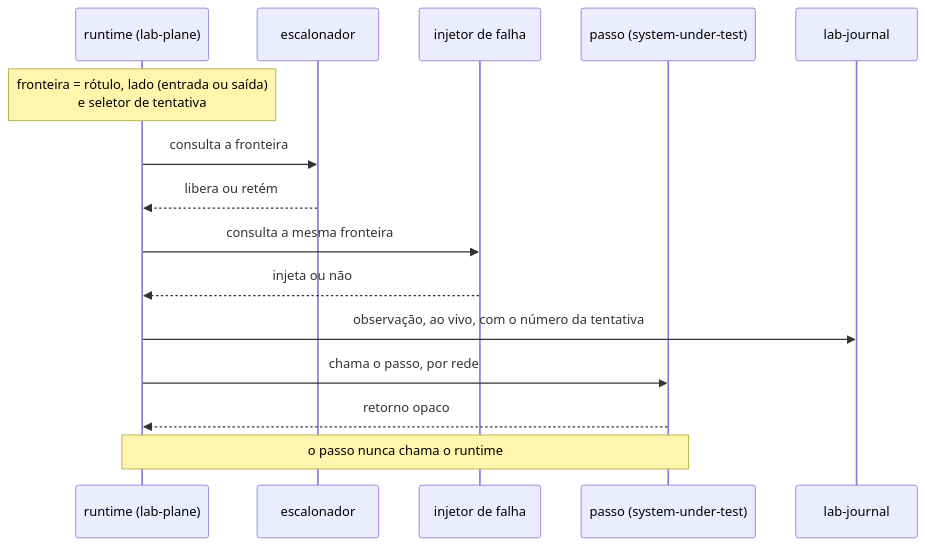
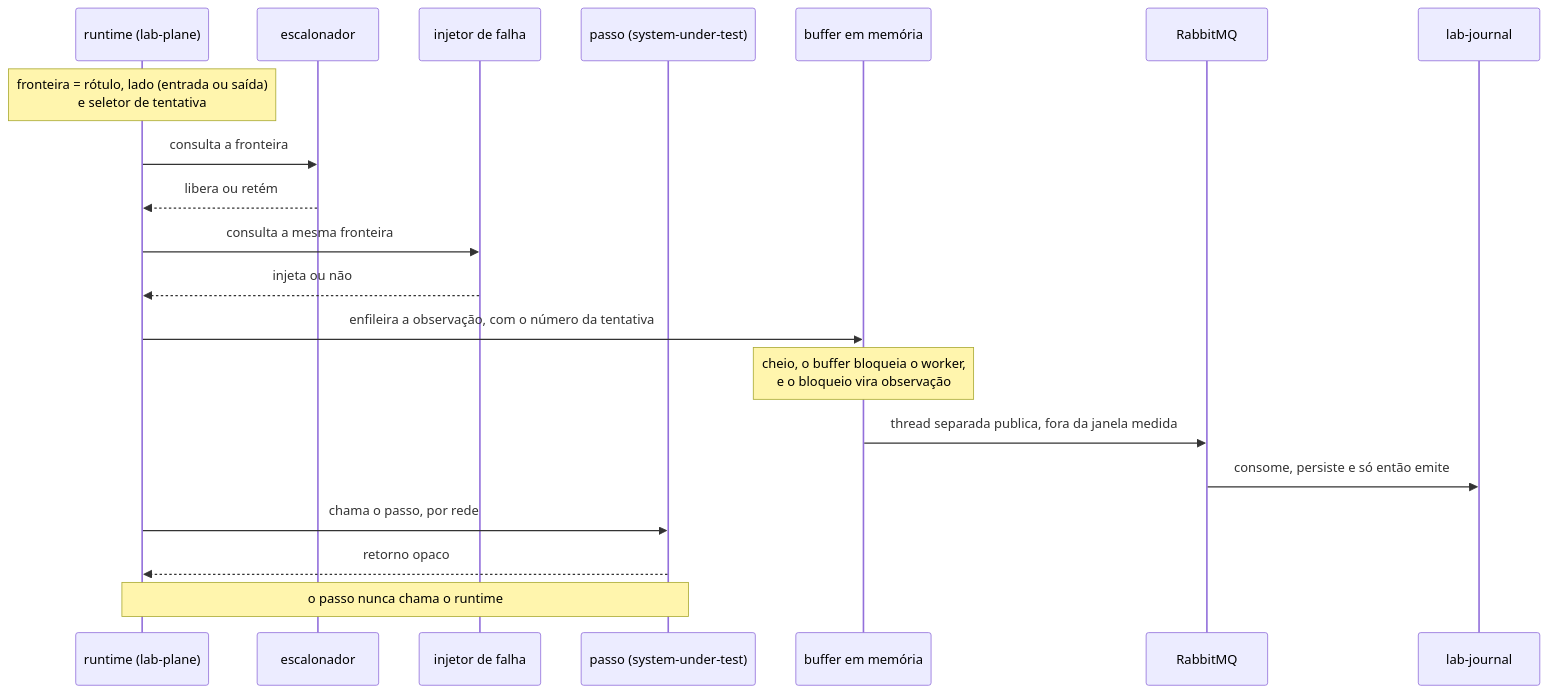
The diagram in docs/features/observacao-passo-a-passo/feature-card.md (da0hn/distributed-systems-experiment-lab), drawn with Mermaid before and after one commit. The commit also changed other lines of this file and 21 other files, not shown here.

````diff
--- a/docs/features/observacao-passo-a-passo/feature-card.md
+++ b/docs/features/observacao-passo-a-passo/feature-card.md
@@ -21,17 +21,22 @@
 ```mermaid
 sequenceDiagram
     participant RT as runtime (lab-plane)
     participant ES as escalonador
     participant FI as injetor de falha
     participant PS as passo (system-under-test)
+    participant BUF as buffer em memória
+    participant RB as RabbitMQ
     participant LJ as lab-journal
     Note over RT: fronteira = rótulo, lado (entrada ou saída)<br/>e seletor de tentativa
     RT ->> ES: consulta a fronteira
     ES -->> RT: libera ou retém
     RT ->> FI: consulta a mesma fronteira
     FI -->> RT: injeta ou não
-    RT ->> LJ: observação, ao vivo, com o número da tentativa
+    RT ->> BUF: enfileira a observação, com o número da tentativa
+    Note over BUF: cheio, o buffer bloqueia o worker,<br/>e o bloqueio vira observação
+    BUF ->> RB: thread separada publica, fora da janela medida
+    RB ->> LJ: consome, persiste e só então emite
     RT ->> PS: chama o passo, por rede
     PS -->> RT: retorno opaco
     Note over RT, PS: o passo nunca chama o runtime
 ```
````
